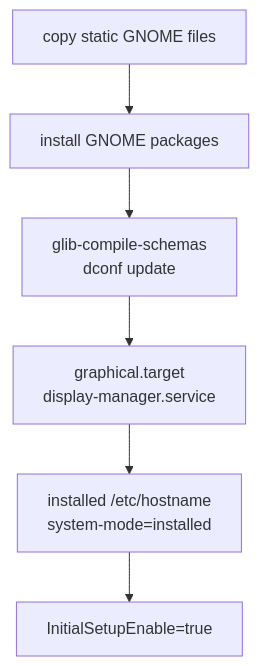
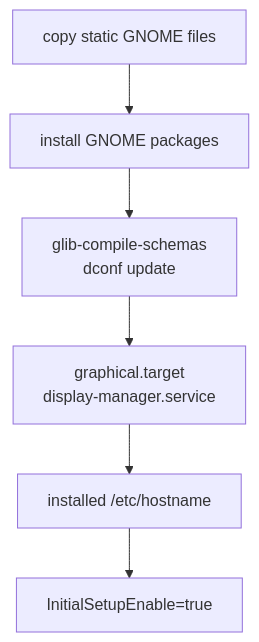
One commit to luminusOS/images changed the fifth of 14 diagrams in ARCHITECTURE.md. Above: the diagram before and after it, drawn with Mermaid. The commit also changed other lines of this file and 48 other files, not shown here.

````diff
--- a/ARCHITECTURE.md
+++ b/ARCHITECTURE.md
@@ -291,11 +279,11 @@
 ```mermaid
 flowchart TD
     Files["copy static GNOME files"]
     Packages["install GNOME packages"]
     Schemas["glib-compile-schemas<br/>dconf update"]
     GDM["graphical.target<br/>display-manager.service"]
-    Hostname["installed /etc/hostname<br/>system-mode=installed"]
+    Hostname["installed /etc/hostname"]
     InitialSetup["InitialSetupEnable=true"]
 
     Files --> Packages --> Schemas --> GDM --> Hostname --> InitialSetup
 ```
````
